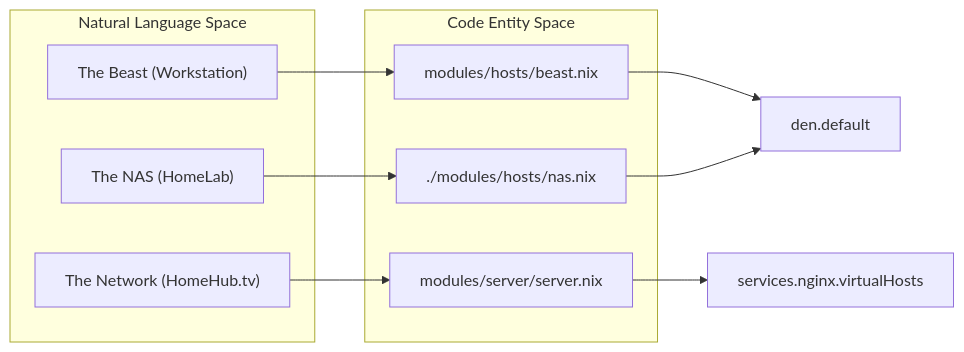
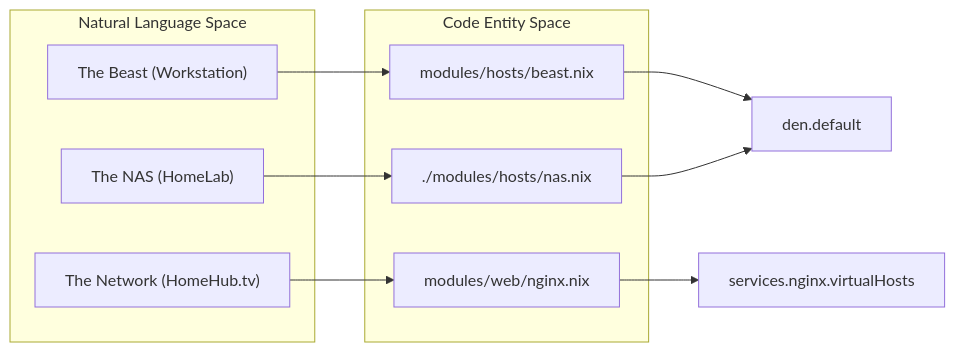
Before and after one commit to Cody-W-Tucker/nix-config: the first of 2 diagrams in docs/Glossary.md, drawn with Mermaid. The commit also changed other lines of this file and 43 other files, not shown here.

````diff
--- a/docs/Glossary.md
+++ b/docs/Glossary.md
@@ -17,21 +17,21 @@
 ```mermaid
 flowchart LR
     B_Base["den.default"]
     Nginx["services.nginx.virtualHosts"]
     subgraph subGraph1 ["Code Entity Space"]
         A_Code["modules/hosts/beast.nix"]
         B_Code["./modules/hosts/nas.nix"]
-        C_Code["modules/server/server.nix"]
+        C_Code["modules/web/nginx.nix"]
     end
     subgraph subGraph0 ["Natural Language Space"]
         A["The Beast (Workstation)"]
         B["The NAS (HomeLab)"]
         C["The Network (HomeHub.tv)"]
     end
     A --> A_Code
     B --> B_Code
     C --> C_Code
     A_Code --> B_Base
     B_Code --> B_Base
     C_Code --> Nginx
 ```
````
